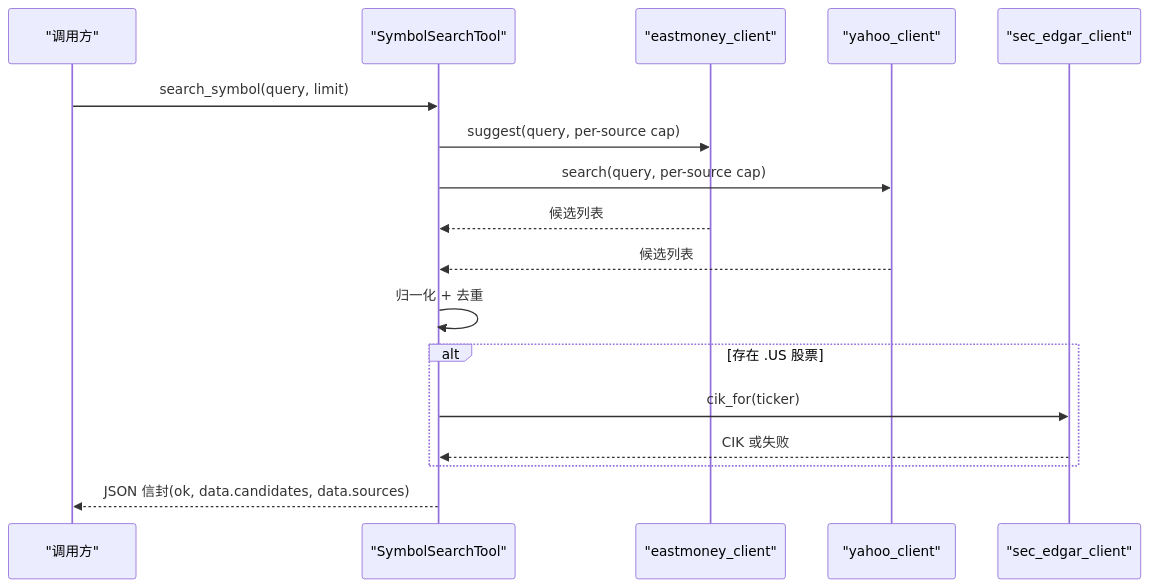
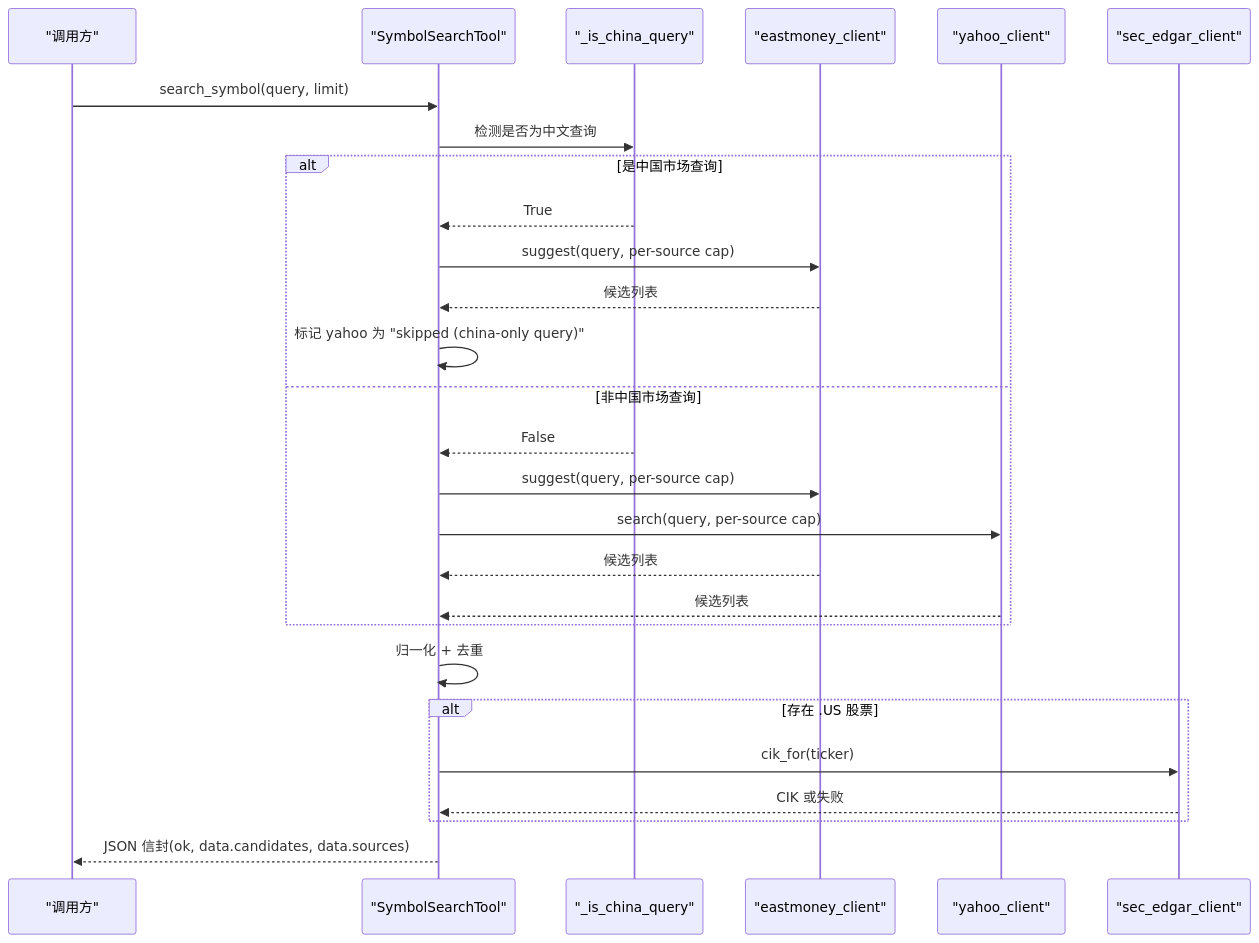
Before and after one commit to 20012002er/Vibe-Trading: the fourth of 6 diagrams in .qoder/repowiki/zh/content/AI代理系统/工具系统/内置工具库/市场数据工具.md, drawn with Mermaid. The commit also changed other lines of this file and 6 other files, not shown here.

````diff
--- a/.qoder/repowiki/zh/content/AI代理系统/工具系统/内置工具库/市场数据工具.md
+++ b/.qoder/repowiki/zh/content/AI代理系统/工具系统/内置工具库/市场数据工具.md
@@ -186,19 +200,29 @@
 ```mermaid
 sequenceDiagram
 participant U as "调用方"
 participant S as "SymbolSearchTool"
+participant CQ as "_is_china_query"
 participant E as "eastmoney_client"
 participant Y as "yahoo_client"
 participant C as "sec_edgar_client"
 U->>S : search_symbol(query, limit)
+S->>CQ : 检测是否为中文查询
+alt 是中国市场查询
+CQ-->>S : True
+S->>E : suggest(query, per-source cap)
+E-->>S : 候选列表
+S->>S : 标记 yahoo 为 "skipped (china-only query)"
+else 非中国市场查询
+CQ-->>S : False
 S->>E : suggest(query, per-source cap)
 S->>Y : search(query, per-source cap)
 E-->>S : 候选列表
 Y-->>S : 候选列表
+end
 S->>S : 归一化 + 去重
 alt 存在 .US 股票
 S->>C : cik_for(ticker)
 C-->>S : CIK 或失败
 end
 S-->>U : JSON 信封(ok, data.candidates, data.sources)
 ```
````
